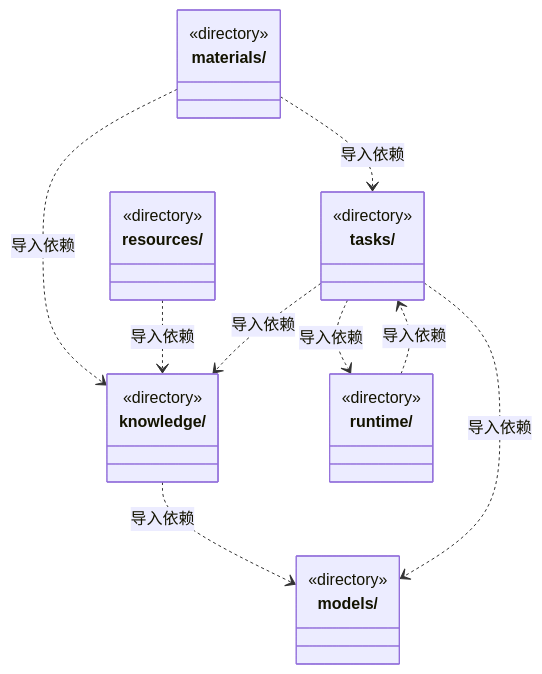
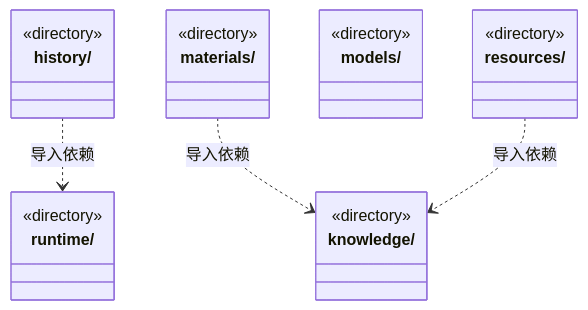
The third of 5 diagrams in src/logic/ARCHITECTURE.md (nan023062/cbim), drawn with Mermaid before and after one commit. The commit also changed other lines of this file and 131 other files, not shown here.

````diff
--- a/src/logic/ARCHITECTURE.md
+++ b/src/logic/ARCHITECTURE.md
@@ -80,29 +80,24 @@
 ```mermaid
 classDiagram
+class N_src_logic_history["history/"] {
+  <<directory>>
+}
 class N_src_logic_knowledge["knowledge/"] {
   <<directory>>
 }
 class N_src_logic_materials["materials/"] {
   <<directory>>
 }
 class N_src_logic_models["models/"] {
   <<directory>>
 }
 class N_src_logic_resources["resources/"] {
   <<directory>>
 }
 class N_src_logic_runtime["runtime/"] {
   <<directory>>
 }
-class N_src_logic_tasks["tasks/"] {
-  <<directory>>
-}
-N_src_logic_knowledge ..> N_src_logic_models : 导入依赖
-N_src_logic_materials ..> N_src_logic_tasks : 导入依赖
+N_src_logic_history ..> N_src_logic_runtime : 导入依赖
 N_src_logic_materials ..> N_src_logic_knowledge : 导入依赖
 N_src_logic_resources ..> N_src_logic_knowledge : 导入依赖
-N_src_logic_runtime ..> N_src_logic_tasks : 导入依赖
-N_src_logic_tasks ..> N_src_logic_models : 导入依赖
-N_src_logic_tasks ..> N_src_logic_knowledge : 导入依赖
-N_src_logic_tasks ..> N_src_logic_runtime : 导入依赖
 ```
````
